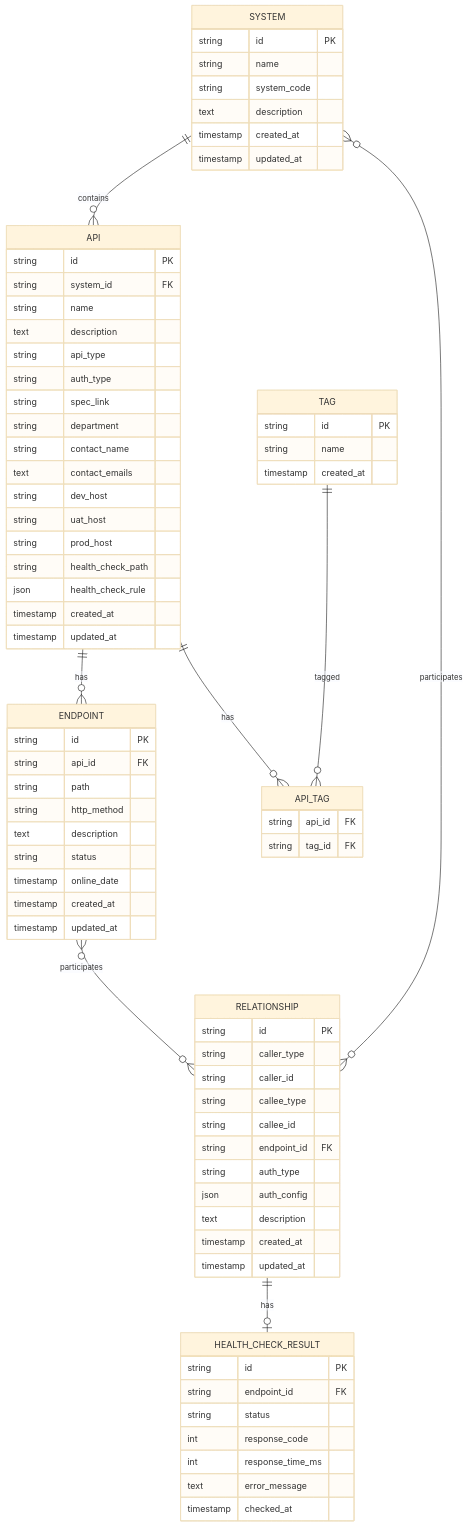
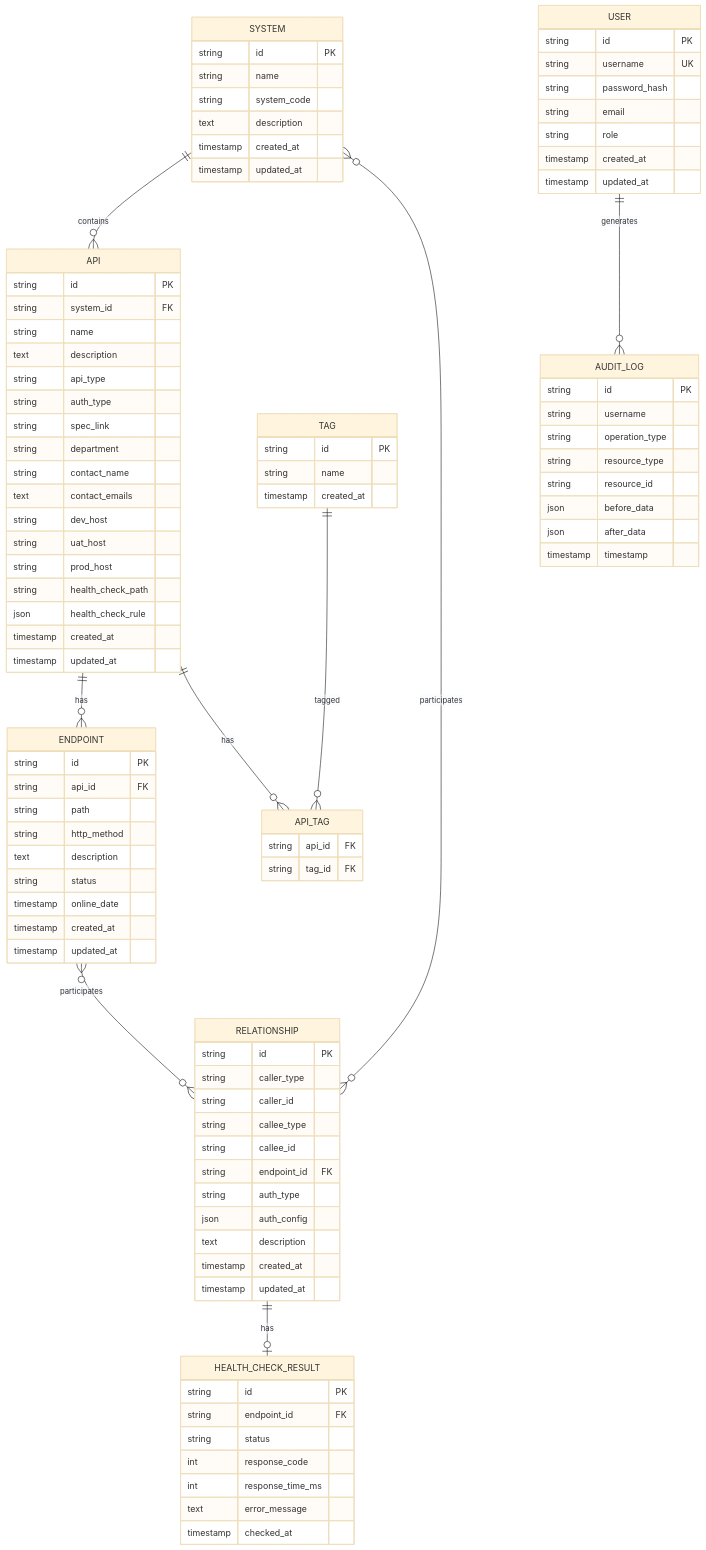
The diagram in .kiro/specs/api-management-system/design.md (LyonYao/api-management-system), drawn with Mermaid (base theme) before and after one commit. The commit also changed other lines of this file and 1 other file, not shown here.

````diff
--- a/.kiro/specs/api-management-system/design.md
+++ b/.kiro/specs/api-management-system/design.md
@@ -460,6 +590,7 @@
     ENDPOINT }o--o{ RELATIONSHIP : participates
     SYSTEM }o--o{ RELATIONSHIP : participates
     RELATIONSHIP ||--o| HEALTH_CHECK_RESULT : has
+    USER ||--o{ AUDIT_LOG : generates
 
     SYSTEM {
         string id PK
@@ -536,4 +667,25 @@
         text error_message
         timestamp checked_at
     }
+
+    USER {
+        string id PK
+        string username UK
+        string password_hash
+        string email
+        string role
+        timestamp created_at
+        timestamp updated_at
+    }
+
+    AUDIT_LOG {
+        string id PK
+        string username
+        string operation_type
+        string resource_type
+        string resource_id
+        json before_data
+        json after_data
+        timestamp timestamp
+    }
 ```
````
